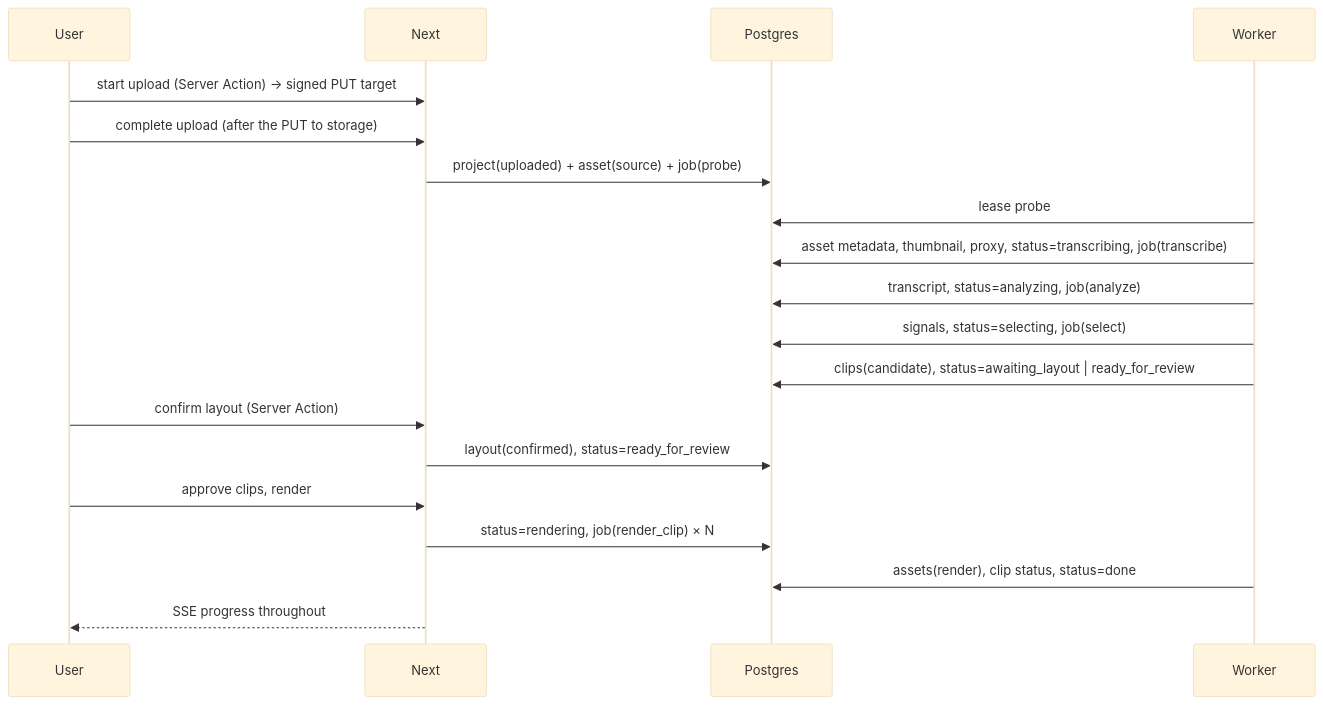
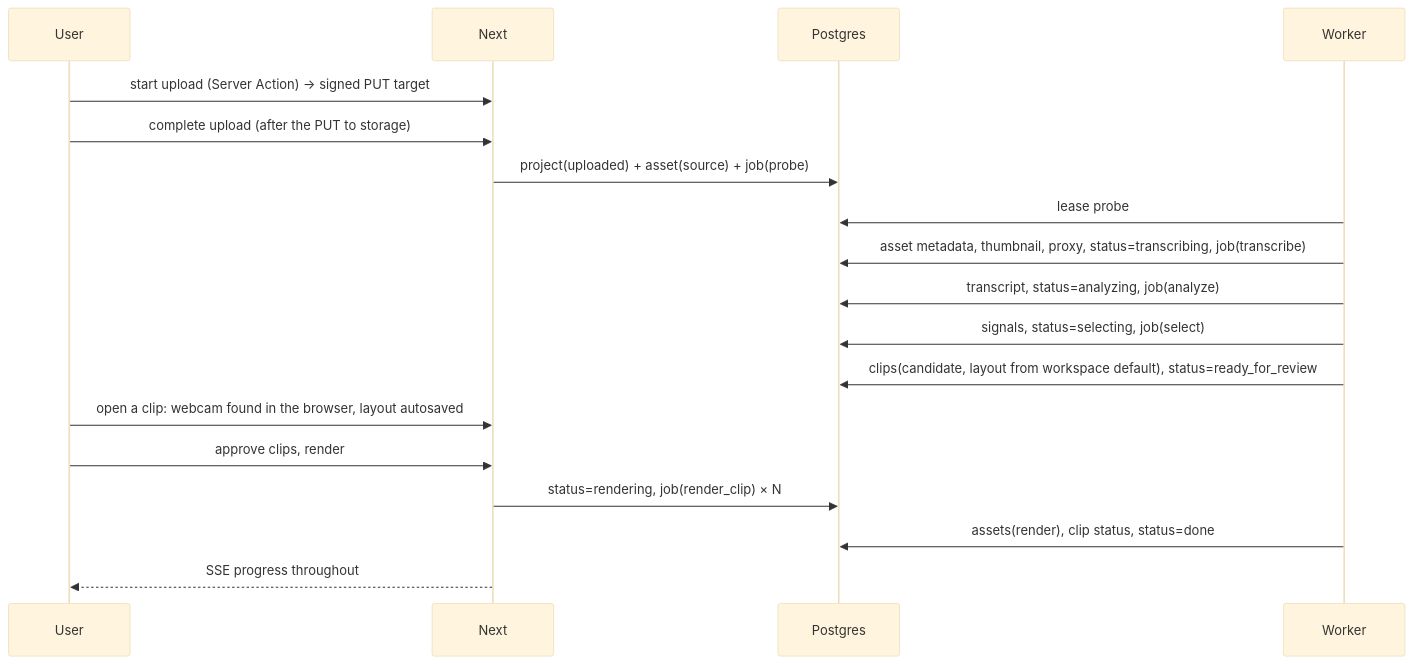
One commit to gabrielccarvalho/nimbus changed the second of 2 diagrams in docs/ARCHITECTURE.md. Above: the diagram before and after it, drawn with Mermaid (base theme). The commit also changed other lines of this file and 84 other files, not shown here.

First line of the commit message:
feat(clips): give every clip its own layout

````diff
--- a/docs/ARCHITECTURE.md
+++ b/docs/ARCHITECTURE.md
@@ -77,21 +77,20 @@
 ```mermaid
 sequenceDiagram
   participant U as User
   participant N as Next
   participant D as Postgres
   participant W as Worker
   U->>N: start upload (Server Action) → signed PUT target
   U->>N: complete upload (after the PUT to storage)
   N->>D: project(uploaded) + asset(source) + job(probe)
   W->>D: lease probe
   W->>D: asset metadata, thumbnail, proxy, status=transcribing, job(transcribe)
   W->>D: transcript, status=analyzing, job(analyze)
   W->>D: signals, status=selecting, job(select)
-  W->>D: clips(candidate), status=awaiting_layout | ready_for_review
-  U->>N: confirm layout (Server Action)
-  N->>D: layout(confirmed), status=ready_for_review
+  W->>D: clips(candidate, layout from workspace default), status=ready_for_review
+  U->>N: open a clip: webcam found in the browser, layout autosaved
   U->>N: approve clips, render
   N->>D: status=rendering, job(render_clip) × N
   W->>D: assets(render), clip status, status=done
   N-->>U: SSE progress throughout
 ```
````
